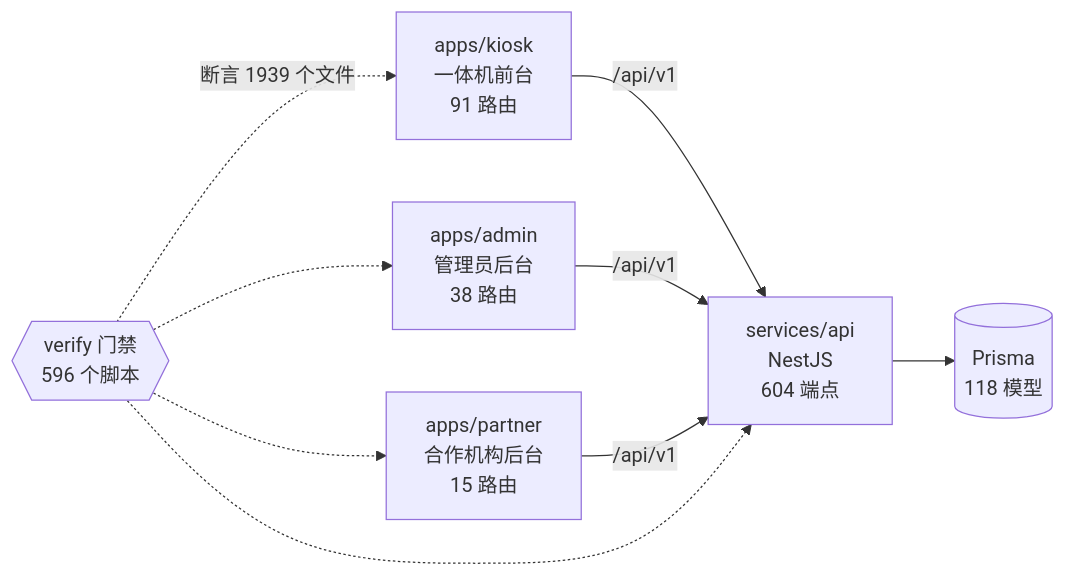
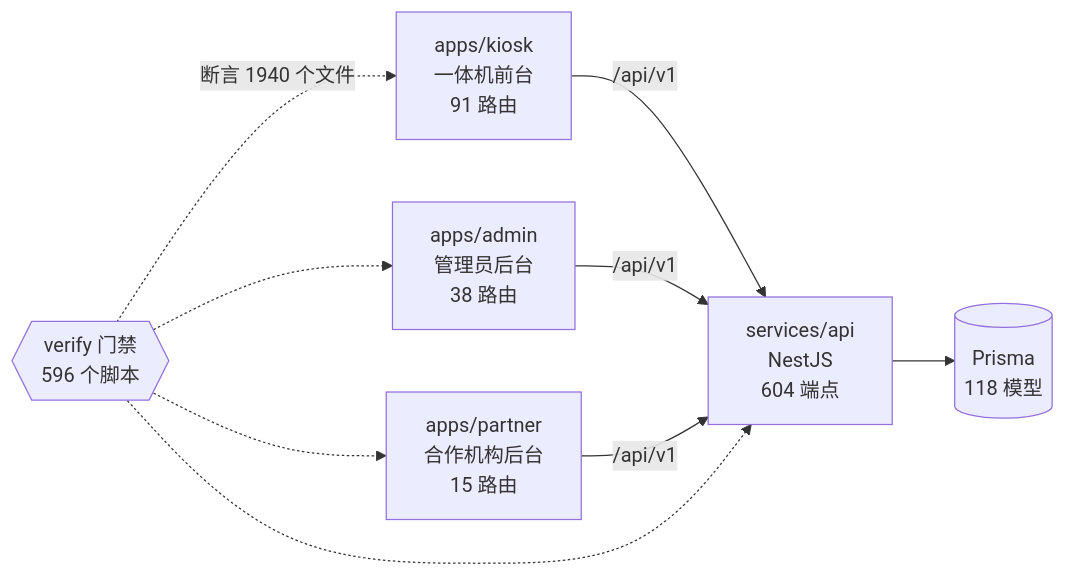
One commit to wanglei581/YITIJI changed the diagram in docs/graph/README.md. Above: the diagram before and after it, drawn with Mermaid. The commit also changed other lines of this file and 3 other files, not shown here.

````diff
--- a/docs/graph/README.md
+++ b/docs/graph/README.md
@@ -68,18 +68,18 @@
 ```mermaid
 flowchart LR
   kiosk["apps/kiosk<br/>一体机前台<br/>91 路由"]
   admin["apps/admin<br/>管理员后台<br/>38 路由"]
   partner["apps/partner<br/>合作机构后台<br/>15 路由"]
   api["services/api<br/>NestJS<br/>604 端点"]
   db[("Prisma<br/>118 模型")]
   gates{{"verify 门禁<br/>596 个脚本"}}
 
   kiosk -->|"/api/v1"| api
   admin -->|"/api/v1"| api
   partner -->|"/api/v1"| api
   api --> db
-  gates -.->|"断言 1939 个文件"| kiosk
+  gates -.->|"断言 1940 个文件"| kiosk
   gates -.-> admin
   gates -.-> partner
   gates -.-> api
 ```
````
